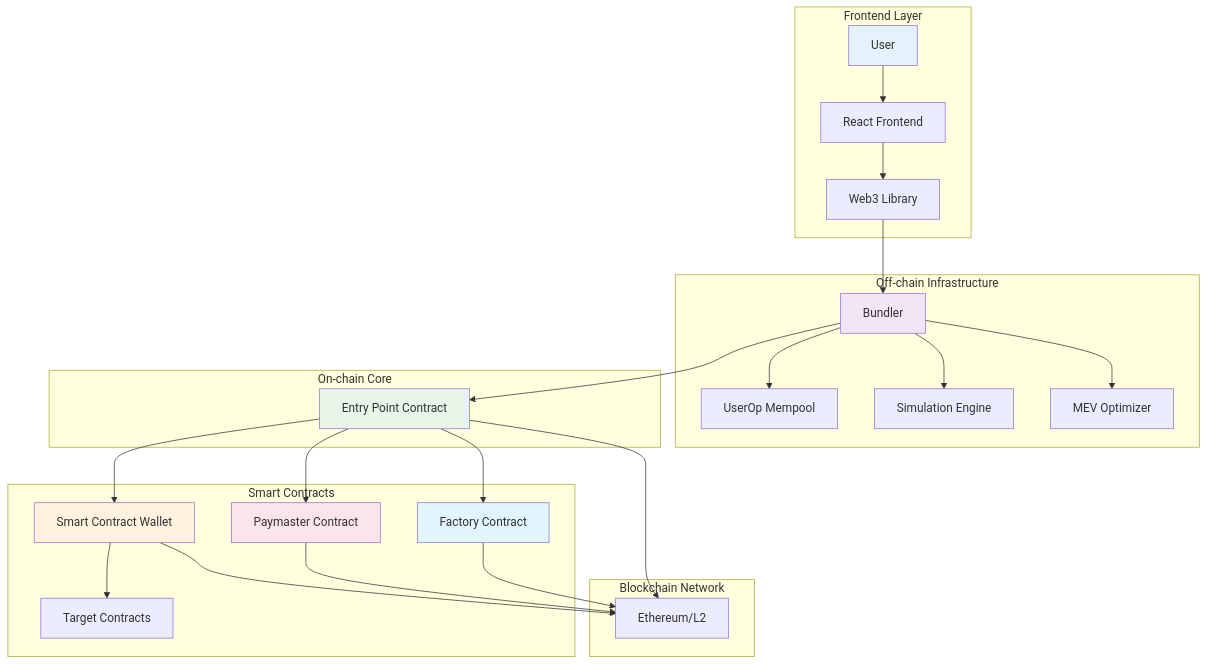
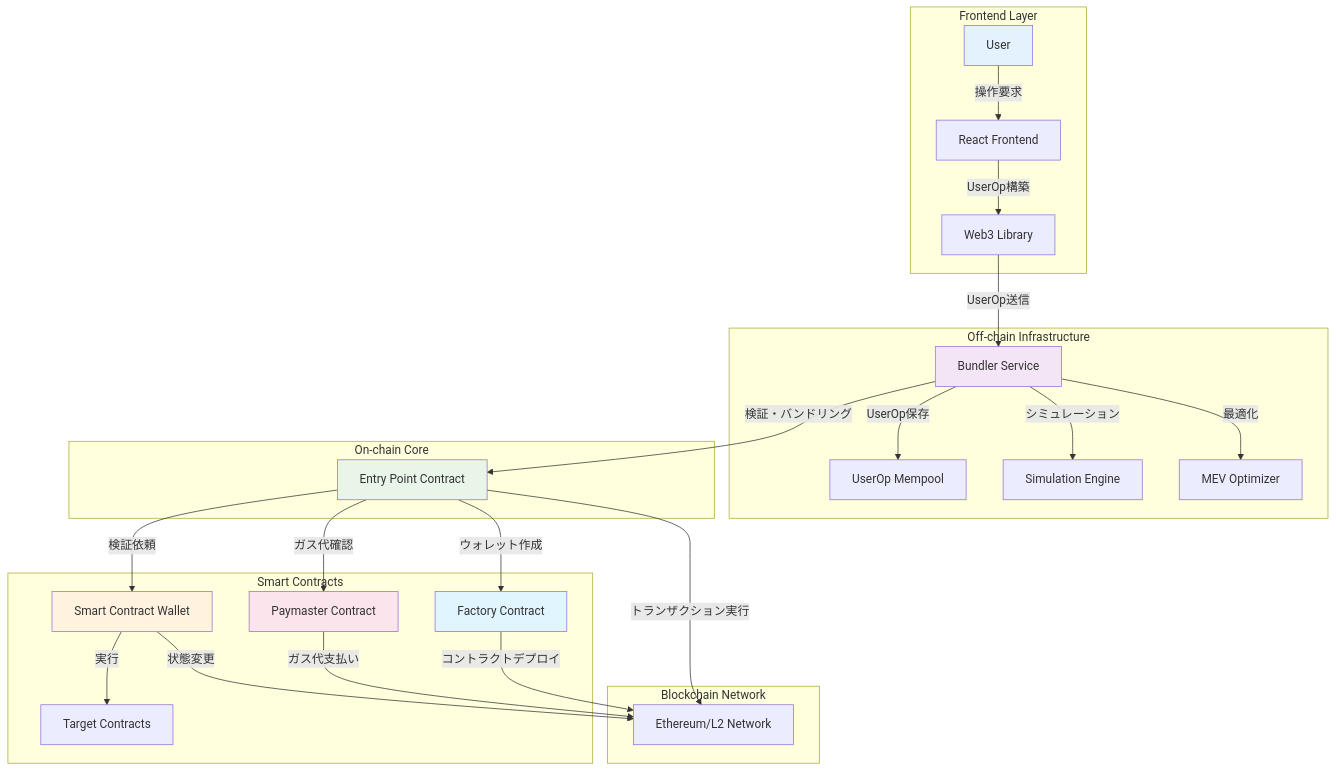
The first of 7 diagrams in aa/.serena/memories/research/aa_components_detailed.md (TMdiesel/dapps), drawn with Mermaid before and after one commit. The commit also changed other lines of this file and 1 other file, not shown here.

Commit message:
feat: Add Mermaid design rules and improve Account Abstraction documentation

````diff
--- a/aa/.serena/memories/research/aa_components_detailed.md
+++ b/aa/.serena/memories/research/aa_components_detailed.md
@@ -5,47 +5,55 @@
 ```mermaid
 graph TB
     subgraph "Frontend Layer"
-        U[User] --> UI[React Frontend]
-        UI --> WEB3[Web3 Library]
+        USER[User]
+        FRONTEND[React Frontend]
+        WEB3[Web3 Library]
     end
     
     subgraph "Off-chain Infrastructure"
-        WEB3 --> B[Bundler]
-        B --> MEMPOOL[UserOp Mempool]
-        B --> SIM[Simulation Engine]
-        B --> MEV[MEV Optimizer]
+        BUNDLER[Bundler Service]
+        MEMPOOL[UserOp Mempool]
+        SIM_ENGINE[Simulation Engine]
+        MEV_OPT[MEV Optimizer]
     end
     
     subgraph "On-chain Core"
-        EP[Entry Point Contract]
+        ENTRY_POINT[Entry Point Contract]
     end
     
     subgraph "Smart Contracts"
-        SW[Smart Contract Wallet]
-        PM[Paymaster Contract]
-        FC[Factory Contract]
-        TC[Target Contracts]
+        SMART_WALLET[Smart Contract Wallet]
+        PAYMASTER[Paymaster Contract]
+        FACTORY[Factory Contract]
+        TARGET[Target Contracts]
     end
     
     subgraph "Blockchain Network"
-        CHAIN[Ethereum/L2]
+        ETHEREUM[Ethereum/L2 Network]
     end
     
-    B --> EP
-    EP --> SW
-    EP --> PM
-    EP --> FC
-    SW --> TC
+    USER -->|操作要求| FRONTEND
+    FRONTEND -->|UserOp構築| WEB3
+    WEB3 -->|UserOp送信| BUNDLER
+    BUNDLER -->|検証・バンドリング| ENTRY_POINT
+    ENTRY_POINT -->|検証依頼| SMART_WALLET
+    ENTRY_POINT -->|ガス代確認| PAYMASTER
+    ENTRY_POINT -->|ウォレット作成| FACTORY
+    SMART_WALLET -->|実行| TARGET
     
-    EP --> CHAIN
-    SW --> CHAIN
-    PM --> CHAIN
-    FC --> CHAIN
+    BUNDLER -->|UserOp保存| MEMPOOL
+    BUNDLER -->|シミュレーション| SIM_ENGINE
+    BUNDLER -->|最適化| MEV_OPT
     
-    style U fill:#e3f2fd
-    style B fill:#f3e5f5
-    style EP fill:#e8f5e8
-    style SW fill:#fff3e0
-    style PM fill:#fce4ec
-    style FC fill:#e1f5fe
+    ENTRY_POINT -->|トランザクション実行| ETHEREUM
+    SMART_WALLET -->|状態変更| ETHEREUM
+    PAYMASTER -->|ガス代支払い| ETHEREUM
+    FACTORY -->|コントラクトデプロイ| ETHEREUM
+    
+    style USER fill:#e3f2fd
+    style BUNDLER fill:#f3e5f5
+    style ENTRY_POINT fill:#e8f5e8
+    style SMART_WALLET fill:#fff3e0
+    style PAYMASTER fill:#fce4ec
+    style FACTORY fill:#e1f5fe
 ```
````
